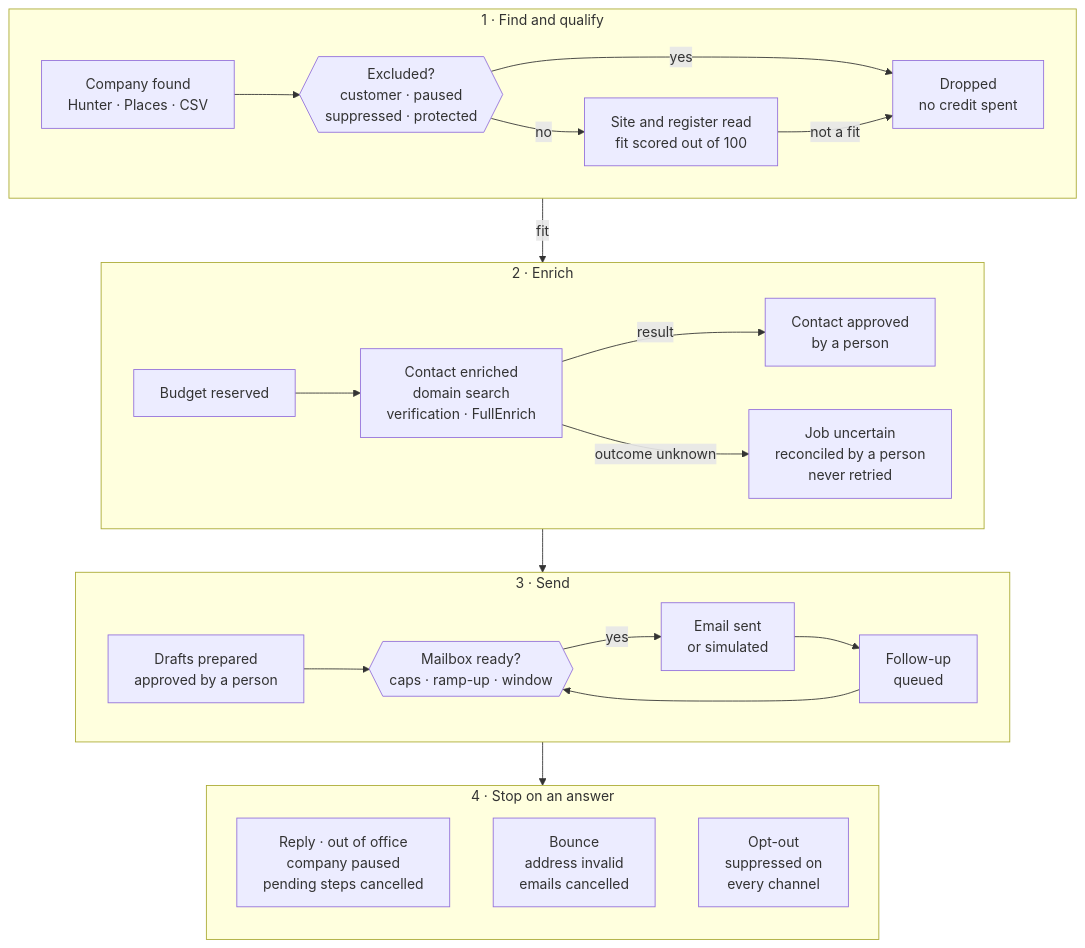
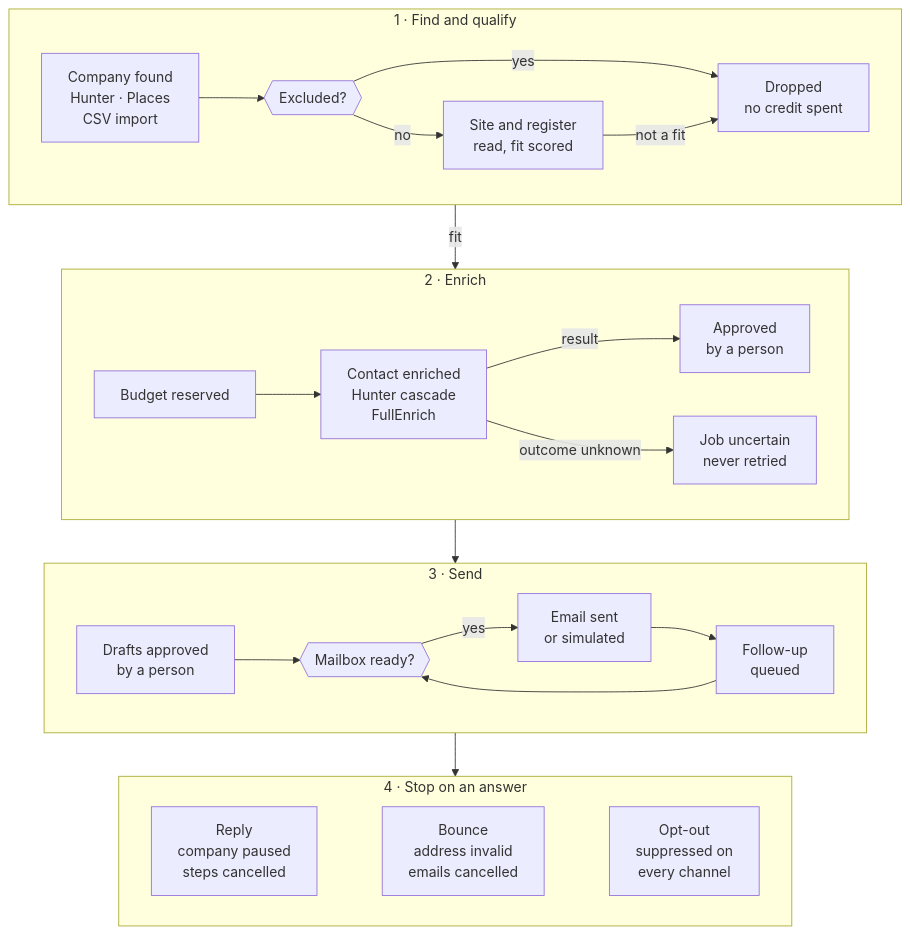
Before and after one commit to bilLkarkariy/lumelia-outreach: the second of 2 diagrams in README.md, drawn with Mermaid. The commit also changed other lines of this file, not shown here.

First line of the commit message:
docs(readme): tune the diagrams for GitHub's renderer

````diff
--- a/README.md
+++ b/README.md
@@ -101,30 +100,28 @@
 ```mermaid
 flowchart TB
     subgraph Q["1 · Find and qualify"]
         direction LR
-        A[Company found<br/>Hunter · Places · CSV] --> B{{Excluded?<br/>customer · paused<br/>suppressed · protected}}
-        B -->|no| C[Site and register read<br/>fit scored out of 100]
+        A[Company found<br/>Hunter · Places<br/>CSV import] --> B{{Excluded?}}
+        B -->|no| C[Site and register<br/>read, fit scored]
         B -->|yes| X[Dropped<br/>no credit spent]
         C -->|not a fit| X
     end
     subgraph E["2 · Enrich"]
         direction LR
-        D[Budget reserved] --> F[Contact enriched<br/>domain search<br/>verification · FullEnrich]
-        F -->|result| G[Contact approved<br/>by a person]
-        F -->|outcome unknown| U[Job uncertain<br/>reconciled by a person<br/>never retried]
+        D[Budget reserved] --> F[Contact enriched<br/>Hunter cascade<br/>FullEnrich]
+        F -->|result| G[Approved<br/>by a person]
+        F -->|outcome unknown| U[Job uncertain<br/>never retried]
     end
     subgraph S["3 · Send"]
         direction LR
-        H[Drafts prepared<br/>approved by a person] --> I{{Mailbox ready?<br/>caps · ramp-up · window}}
+        H[Drafts approved<br/>by a person] --> I{{Mailbox ready?}}
         I -->|yes| J[Email sent<br/>or simulated]
         J --> K[Follow-up<br/>queued]
         K --> I
     end
     subgraph R["4 · Stop on an answer"]
-        direction TB
-        M[Reply · out of office<br/>company paused<br/>pending steps cancelled]
-        N[Bounce<br/>address invalid<br/>emails cancelled]
-        O[Opt-out<br/>suppressed on<br/>every channel]
+        direction LR
+        M[Reply<br/>company paused<br/>steps cancelled] ~~~ N[Bounce<br/>address invalid<br/>emails cancelled] ~~~ O[Opt-out<br/>suppressed on<br/>every channel]
     end
     Q -->|fit| E --> S --> R
 ```
````
